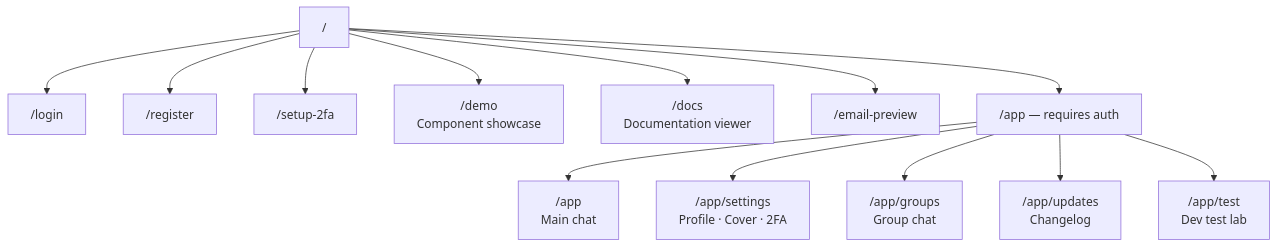
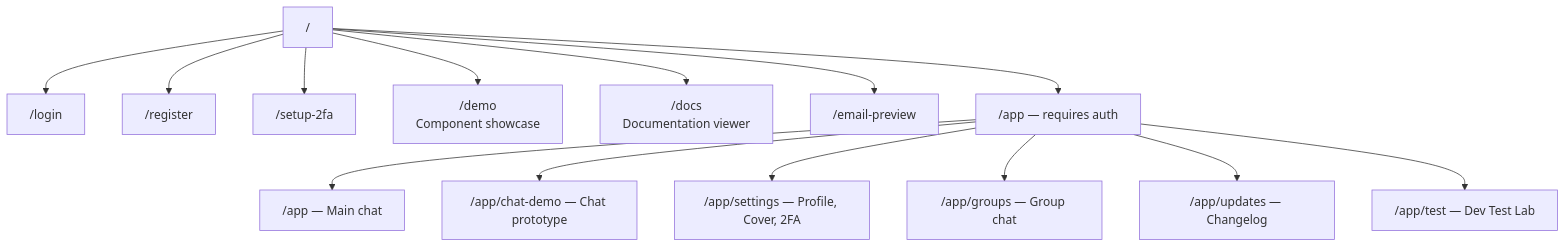
One commit to neofuture/chatr changed the first of 4 diagrams in Documentation/Frontend/index.md. Above: the diagram before and after it, drawn with Mermaid. The commit also changed other lines of this file and 26 other files, not shown here.

````diff
--- a/Documentation/Frontend/index.md
+++ b/Documentation/Frontend/index.md
@@ -11,16 +11,17 @@
 ```mermaid
 graph TD
     root["/"] --> login["/login"]
     root --> register["/register"]
     root --> setup2fa["/setup-2fa"]
     root --> demo["/demo<br/>Component showcase"]
     root --> docs["/docs<br/>Documentation viewer"]
     root --> emailpreview["/email-preview"]
     root --> app["/app — requires auth"]
 
-    app --> apphome["/app<br/>Main chat"]
-    app --> settings["/app/settings<br/>Profile · Cover · 2FA"]
-    app --> groups["/app/groups<br/>Group chat"]
-    app --> updates["/app/updates<br/>Changelog"]
-    app --> test["/app/test<br/>Dev test lab"]
+    app --> apphome["/app — Main chat"]
+    app --> chatdemo["/app/chat-demo — Chat prototype"]
+    app --> settings["/app/settings — Profile, Cover, 2FA"]
+    app --> groups["/app/groups — Group chat"]
+    app --> updates["/app/updates — Changelog"]
+    app --> test["/app/test — Dev Test Lab"]
 ```
````
